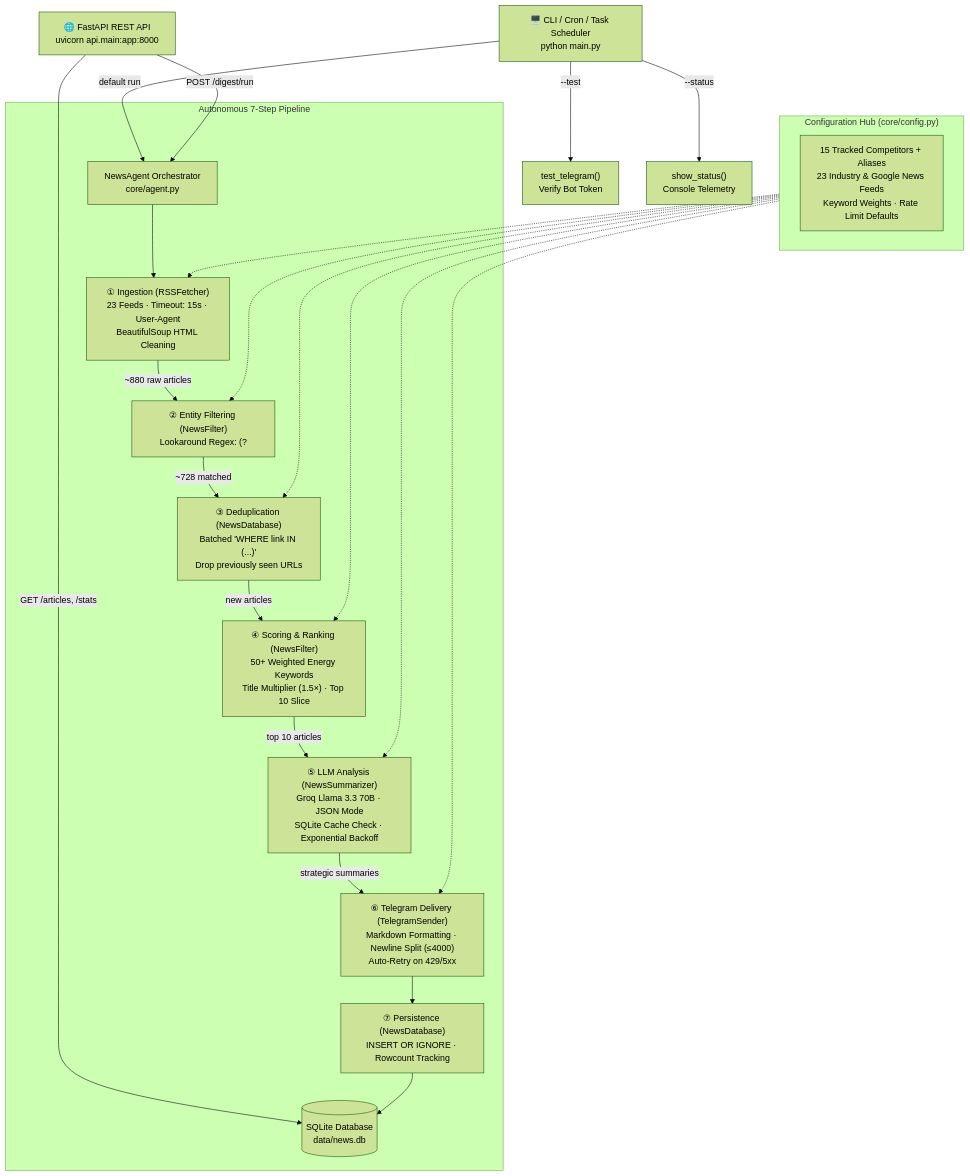
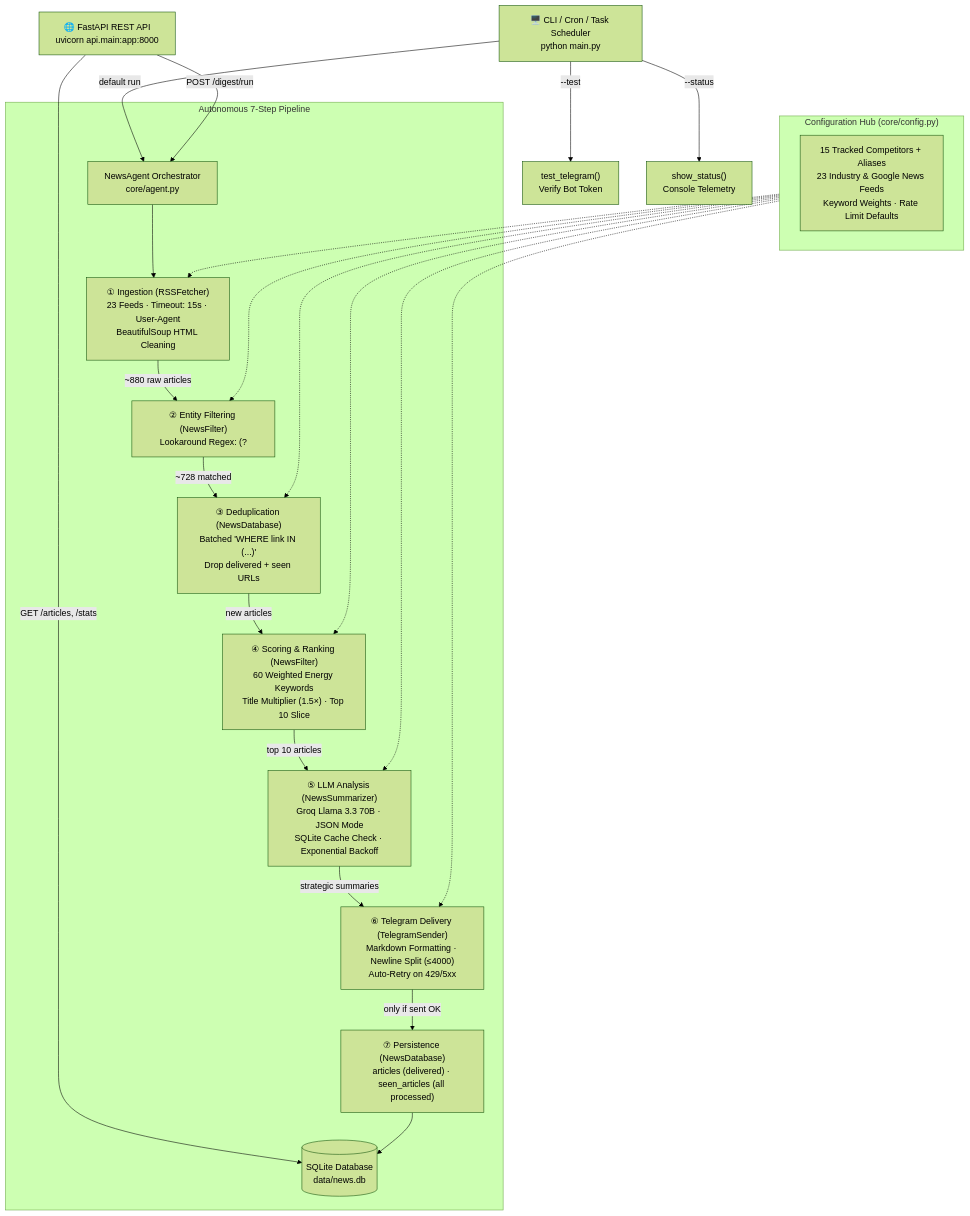
One commit to ApurvSharma05/NEWS-AGENT changed the diagram in PROJECT_REVIEW.md. Above: the diagram before and after it, drawn with Mermaid (forest theme). The commit also changed other lines of this file and 15 other files, not shown here.

````diff
--- a/PROJECT_REVIEW.md
+++ b/PROJECT_REVIEW.md
@@ -102,27 +287,27 @@
 ```mermaid
 flowchart TD
     CLI["🖥️ CLI / Cron / Task Scheduler\npython main.py"]
     API["🌐 FastAPI REST API\nuvicorn api.main:app:8000"]
     
     CLI -->|"default run"| AGENT["NewsAgent Orchestrator\ncore/agent.py"]
     CLI -->|"--test"| TG_TEST["test_telegram()\nVerify Bot Token"]
     CLI -->|"--status"| STATUS["show_status()\nConsole Telemetry"]
     API -->|"POST /digest/run"| AGENT
     API -->|"GET /articles, /stats"| DB[("SQLite Database\ndata/news.db")]
 
     subgraph PIPELINE["Autonomous 7-Step Pipeline"]
         AGENT --> STEP1["① Ingestion (RSSFetcher)\n23 Feeds · Timeout: 15s · User-Agent\nBeautifulSoup HTML Cleaning"]
         STEP1 -->|"~880 raw articles"| STEP2["② Entity Filtering (NewsFilter)\nLookaround Regex: (?<!\\w)...(?!\\w)\n15 Competitors + Historical Aliases"]
-        STEP2 -->|"~728 matched"| STEP3["③ Deduplication (NewsDatabase)\nBatched 'WHERE link IN (...)'\nDrop previously seen URLs"]
-        STEP3 -->|"new articles"| STEP4["④ Scoring & Ranking (NewsFilter)\n50+ Weighted Energy Keywords\nTitle Multiplier (1.5×) · Top 10 Slice"]
+        STEP2 -->|"~728 matched"| STEP3["③ Deduplication (NewsDatabase)\nBatched 'WHERE link IN (...)'\nDrop delivered + seen URLs"]
+        STEP3 -->|"new articles"| STEP4["④ Scoring & Ranking (NewsFilter)\n60 Weighted Energy Keywords\nTitle Multiplier (1.5×) · Top 10 Slice"]
         STEP4 -->|"top 10 articles"| STEP5["⑤ LLM Analysis (NewsSummarizer)\nGroq Llama 3.3 70B · JSON Mode\nSQLite Cache Check · Exponential Backoff"]
         STEP5 -->|"strategic summaries"| STEP6["⑥ Telegram Delivery (TelegramSender)\nMarkdown Formatting · Newline Split (≤4000)\nAuto-Retry on 429/5xx"]
-        STEP6 --> STEP7["⑦ Persistence (NewsDatabase)\nINSERT OR IGNORE · Rowcount Tracking"]
+        STEP6 -->|"only if sent OK"| STEP7["⑦ Persistence (NewsDatabase)\narticles (delivered) · seen_articles (all processed)"]
         STEP7 --> DB
     end
 
     subgraph CONFIG["Configuration Hub (core/config.py)"]
         CFG["15 Tracked Competitors + Aliases\n23 Industry & Google News Feeds\nKeyword Weights · Rate Limit Defaults"]
     end
     CONFIG -.-> STEP1 & STEP2 & STEP3 & STEP4 & STEP5 & STEP6
 ```
````
